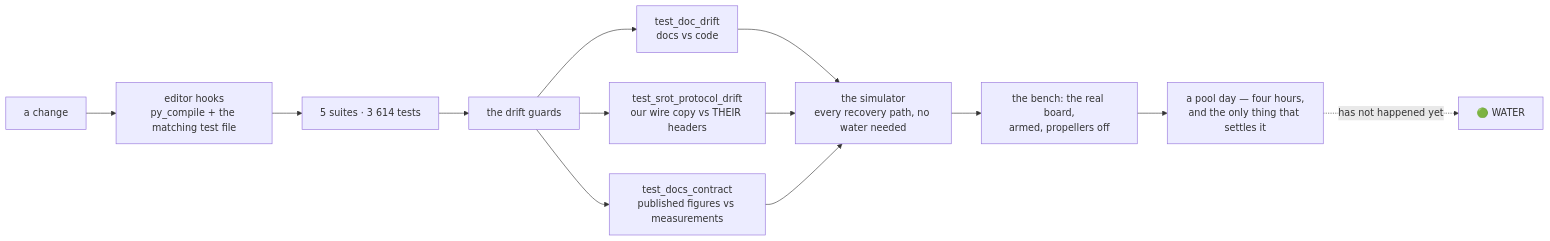
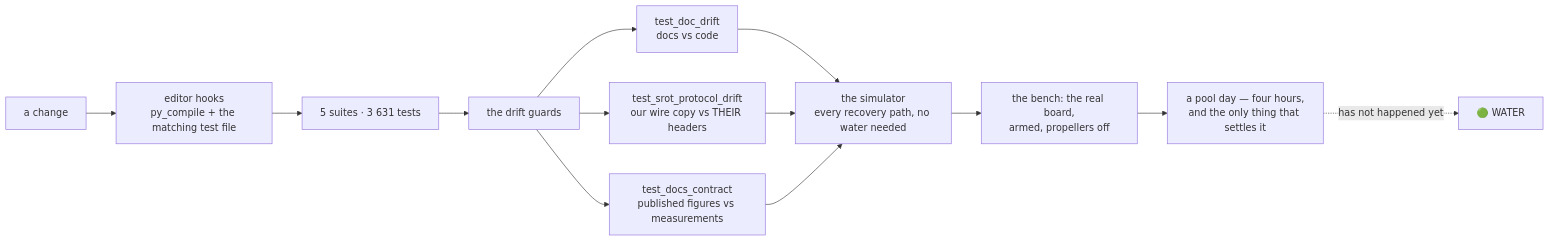
Before and after one commit to fh1m/duburi_ws: the ninth of 10 diagrams in README.md, drawn with Mermaid. The commit also changed other lines of this file and 8 other files, not shown here.

````diff
--- a/README.md
+++ b/README.md
@@ -752,15 +752,15 @@
 ```mermaid
 flowchart LR
     DEV["a change"] --> HOOK["editor hooks<br/>py_compile + the matching test file"]
-    HOOK --> UNIT["5 suites · 3 614 tests"]
+    HOOK --> UNIT["5 suites · 3 631 tests"]
     UNIT --> GUARD["the drift guards"]
     GUARD --> G1["test_doc_drift<br/>docs vs code"]
     GUARD --> G2["test_srot_protocol_drift<br/>our wire copy vs THEIR headers"]
     GUARD --> G3["test_docs_contract<br/>published figures vs measurements"]
     G1 --> SIM["the simulator<br/>every recovery path, no water needed"]
     G2 --> SIM
     G3 --> SIM
     SIM --> BENCH["the bench: the real board,<br/>armed, propellers off"]
     BENCH --> POOL["a pool day — four hours,<br/>and the only thing that settles it"]
     POOL -.->|"has not happened yet"| WATER["🟢 WATER"]
 ```
````
